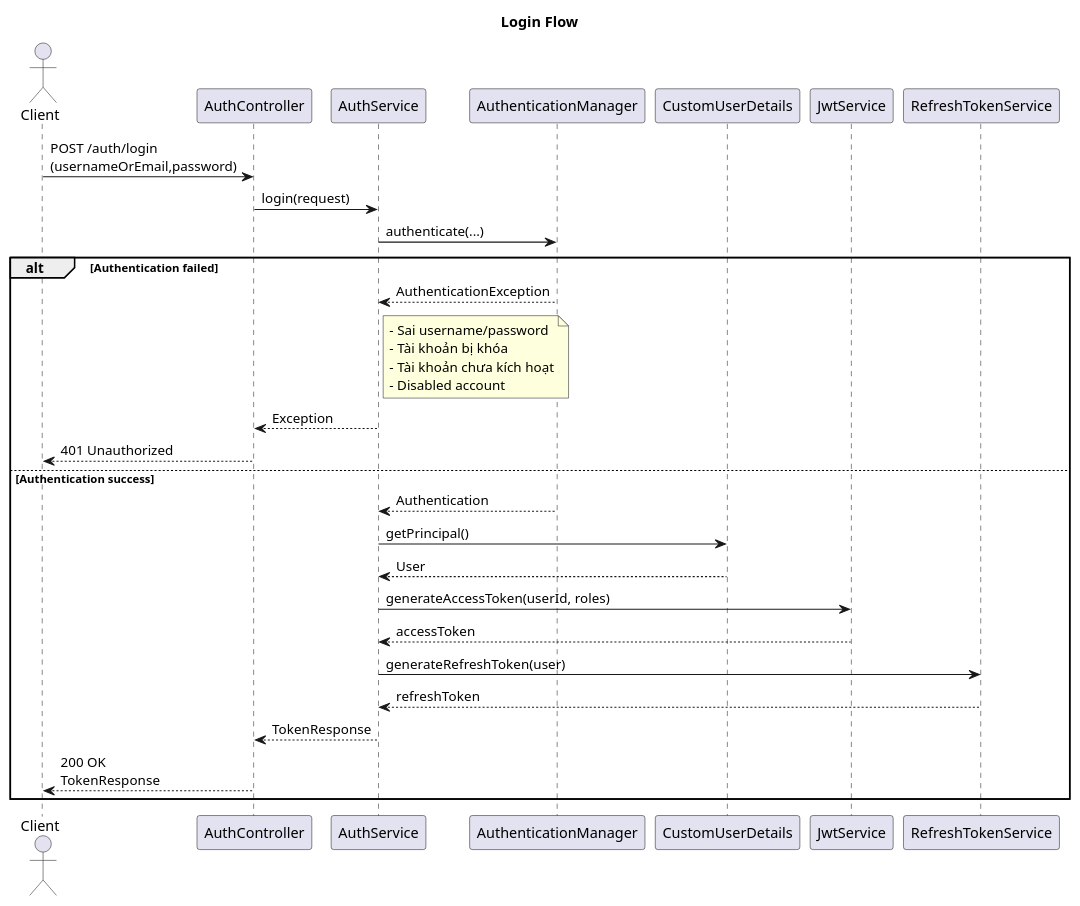
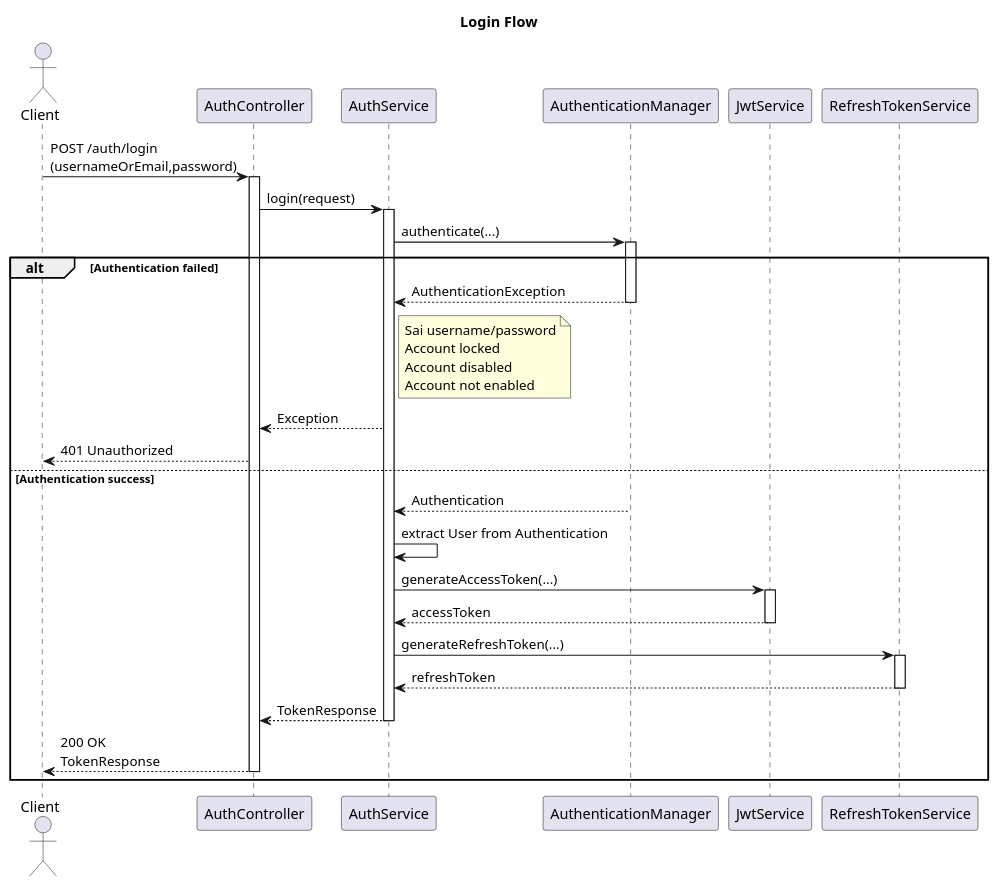
The diagram in docs/sequence/auth/login.puml (ximofam/web_game_chess_online), drawn with PlantUML before and after one commit. The commit also changed 1 other file, not shown here.

```diff
--- a/docs/sequence/auth/login.puml
+++ b/docs/sequence/auth/login.puml
@@ -1,48 +1,65 @@
 @startuml
 title Login Flow
 
 actor Client
 
 participant AuthController
 participant AuthService
 participant AuthenticationManager
-participant CustomUserDetails
 participant JwtService
 participant RefreshTokenService
 
 Client -> AuthController : POST /auth/login\n(usernameOrEmail,password)
+activate AuthController
 
 AuthController -> AuthService : login(request)
+activate AuthService
 
 AuthService -> AuthenticationManager : authenticate(...)
+activate AuthenticationManager
 
 alt Authentication failed
+
     AuthenticationManager --> AuthService : AuthenticationException
+    deactivate AuthenticationManager
 
     note right of AuthService
-      - Sai username/password
-      - Tài khoản bị khóa
-      - Tài khoản chưa kích hoạt
-      - Disabled account
+      Sai username/password
+      Account locked
+      Account disabled
+      Account not enabled
     end note
 
     AuthService --> AuthController : Exception
+
     AuthController --> Client : 401 Unauthorized
+
 else Authentication success
+
     AuthenticationManager --> AuthService : Authentication
+    deactivate AuthenticationManager
 
-    AuthService -> CustomUserDetails : getPrincipal()
-    CustomUserDetails --> AuthService : User
+    AuthService -> AuthService : extract User from Authentication
 
-    AuthService -> JwtService : generateAccessToken(userId, roles)
+
+    AuthService -> JwtService : generateAccessToken(...)
+    activate JwtService
+
     JwtService --> AuthService : accessToken
+    deactivate JwtService
 
-    AuthService -> RefreshTokenService : generateRefreshToken(user)
+    AuthService -> RefreshTokenService : generateRefreshToken(...)
+    activate RefreshTokenService
+
     RefreshTokenService --> AuthService : refreshToken
+    deactivate RefreshTokenService
 
     AuthService --> AuthController : TokenResponse
+    deactivate AuthService
 
     AuthController --> Client : 200 OK\nTokenResponse
+    deactivate AuthController
+
 end
 
 @enduml
```
